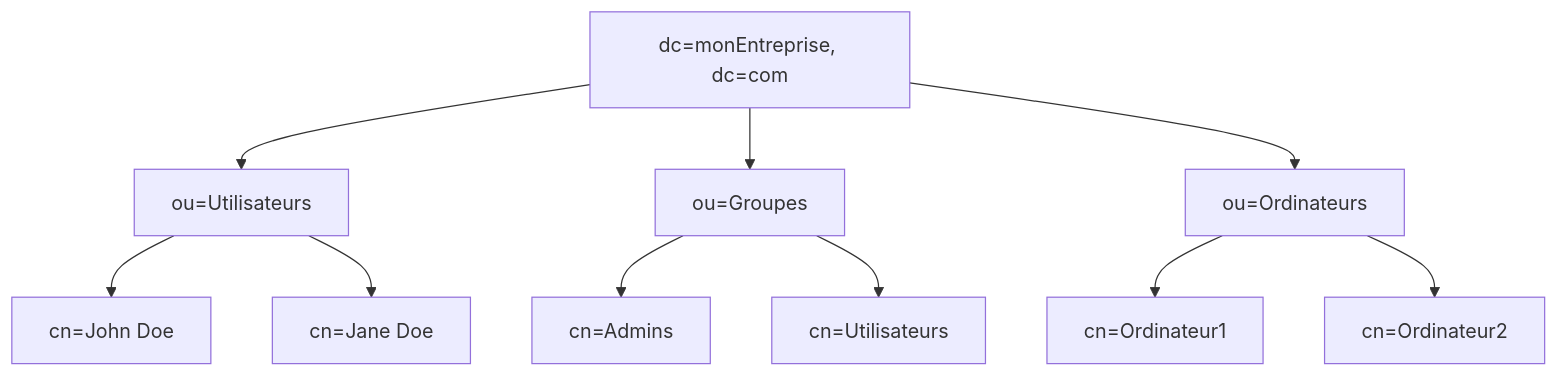
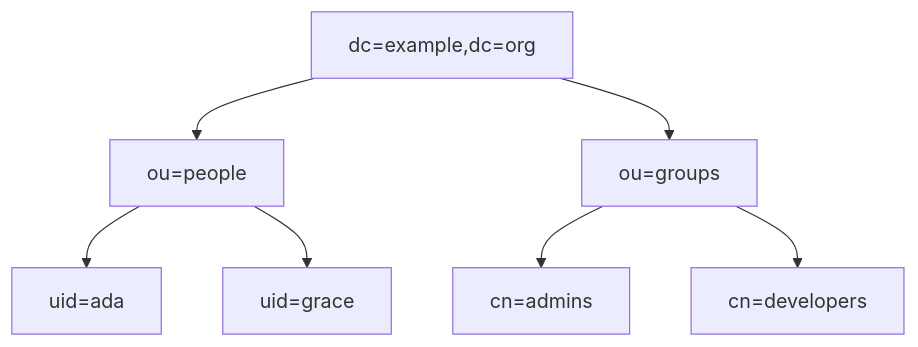
Before and after one commit to michaellaunay/NotesPubliques: the first of 4 diagrams in cours/LDAP.md, drawn with Mermaid. The commit also changed other lines of this file, not shown here.

````diff
--- a/cours/LDAP.md
+++ b/cours/LDAP.md
@@ -50,22 +184,16 @@
 ```mermaid
-graph TD;
-    A["dc=monEntreprise, dc=com"]
-    B["ou=Utilisateurs"]
-    C["ou=Groupes"]
-    D["ou=Ordinateurs"]
-    E["cn=John Doe"]
-    F["cn=Jane Doe"]
-    G["cn=Admins"]
-    H["cn=Utilisateurs"]
-    I["cn=Ordinateur1"]
-    J["cn=Ordinateur2"]
-    A-->B;
-    A-->C;
-    A-->D;
-    B-->E;
-    B-->F;
-    C-->G;
-    C-->H;
-    D-->I;
-    D-->J;
+graph TD
+  A["dc=example,dc=org"]
+  B["ou=people"]
+  C["ou=groups"]
+  D["uid=ada"]
+  E["uid=grace"]
+  F["cn=admins"]
+  G["cn=developers"]
+  A --> B
+  A --> C
+  B --> D
+  B --> E
+  C --> F
+  C --> G
 ```
````
